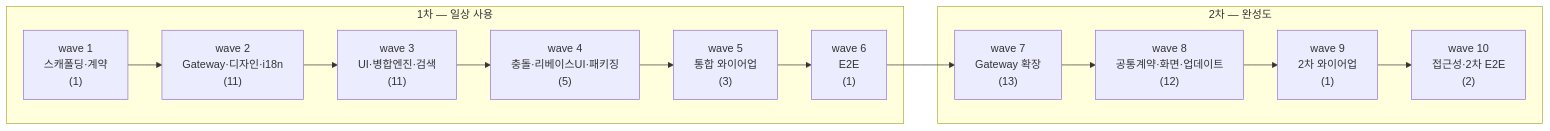
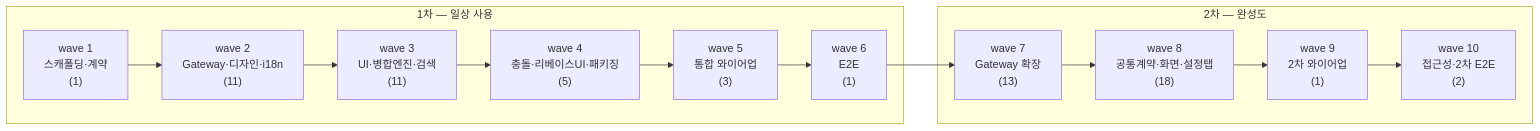
The diagram in tickets/README.md (biuea3866/gitkraken-clone-app), drawn with Mermaid before and after one commit. The commit also changed other lines of this file and 7 other files, not shown here.

````diff
--- a/tickets/README.md
+++ b/tickets/README.md
@@ -140,26 +146,26 @@
 ```mermaid
 flowchart LR
     subgraph P1["1차 — 일상 사용"]
         W1["wave 1<br/>스캐폴딩·계약<br/>(1)"]
         W2["wave 2<br/>Gateway·디자인·i18n<br/>(11)"]
         W3["wave 3<br/>UI·병합엔진·검색<br/>(11)"]
         W4["wave 4<br/>충돌·리베이스UI·패키징<br/>(5)"]
         W5["wave 5<br/>통합 와이어업<br/>(3)"]
         W6["wave 6<br/>E2E<br/>(1)"]
     end
     subgraph P2["2차 — 완성도"]
         W7["wave 7<br/>Gateway 확장<br/>(13)"]
-        W8["wave 8<br/>공통계약·화면·업데이트<br/>(12)"]
+        W8["wave 8<br/>공통계약·화면·설정탭<br/>(18)"]
         W9["wave 9<br/>2차 와이어업<br/>(1)"]
         W10["wave 10<br/>접근성·2차 E2E<br/>(2)"]
     end
     W1 --> W2
     W2 --> W3
     W3 --> W4
     W4 --> W5
     W5 --> W6
     W6 --> W7
     W7 --> W8
     W8 --> W9
     W9 --> W10
 ```
````
